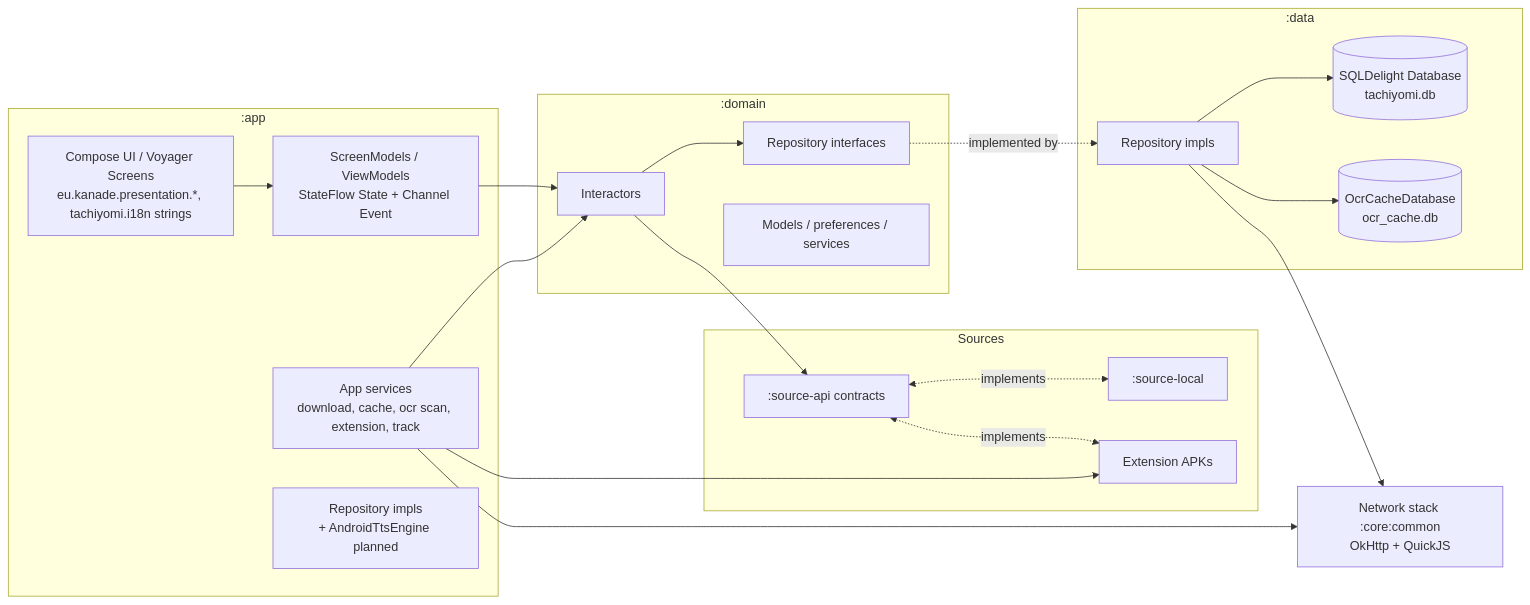
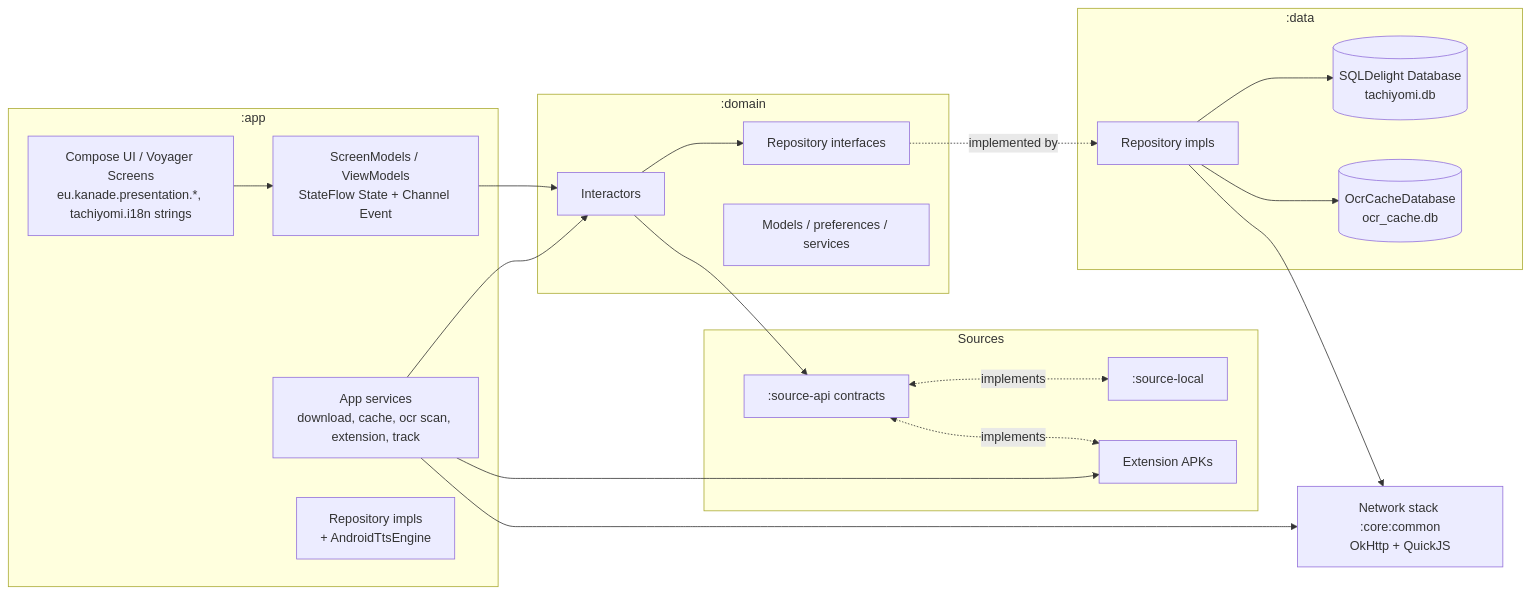
Before and after one commit to Nikhil0921/yomihon: the diagram in docs/architecture.md, drawn with Mermaid. The commit also changed other lines of this file and 66 other files, not shown here.

````diff
--- a/docs/architecture.md
+++ b/docs/architecture.md
@@ -18,37 +19,37 @@
 ```mermaid
 flowchart LR
     subgraph app[:app]
         UI[Compose UI / Voyager Screens<br/>eu.kanade.presentation.*, tachiyomi.i18n strings]
         VM[ScreenModels / ViewModels<br/>StateFlow State + Channel Event]
         APPSVC[App services<br/>download, cache, ocr scan, extension, track]
-        IMPL[Repository impls<br/>+ AndroidTtsEngine planned]
+        IMPL[Repository impls<br/>+ AndroidTtsEngine]
     end
     subgraph domain[:domain]
         INT[Interactors]
         REPOIF[Repository interfaces]
         MODELS[Models / preferences / services]
     end
     subgraph data[:data]
         REPOIMPL[Repository impls]
         DB[(SQLDelight Database<br/>tachiyomi.db)]
         OCRDB[(OcrCacheDatabase<br/>ocr_cache.db)]
     end
     subgraph src[Sources]
         SA[:source-api contracts]
         SL[:source-local]
         EXT[Extension APKs]
     end
     NET[Network stack :core:common<br/>OkHttp + QuickJS]
 
     UI --> VM --> INT --> REPOIF
     REPOIF -.implemented by.-> REPOIMPL
     REPOIMPL --> DB
     REPOIMPL --> OCRDB
     APPSVC --> INT
     APPSVC --> EXT
     INT --> SA
     SA <-.implements.-> SL
     SA <-.implements.-> EXT
     REPOIMPL --> NET
     APPSVC --> NET
 ```
````
